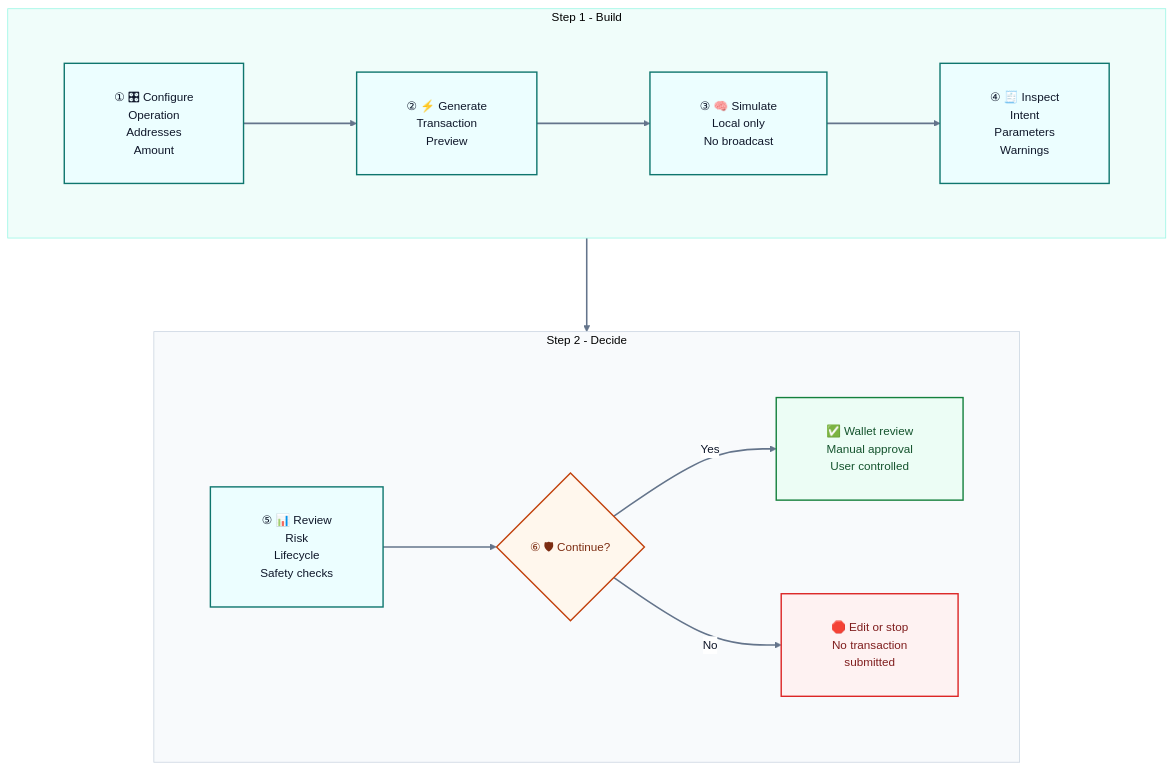
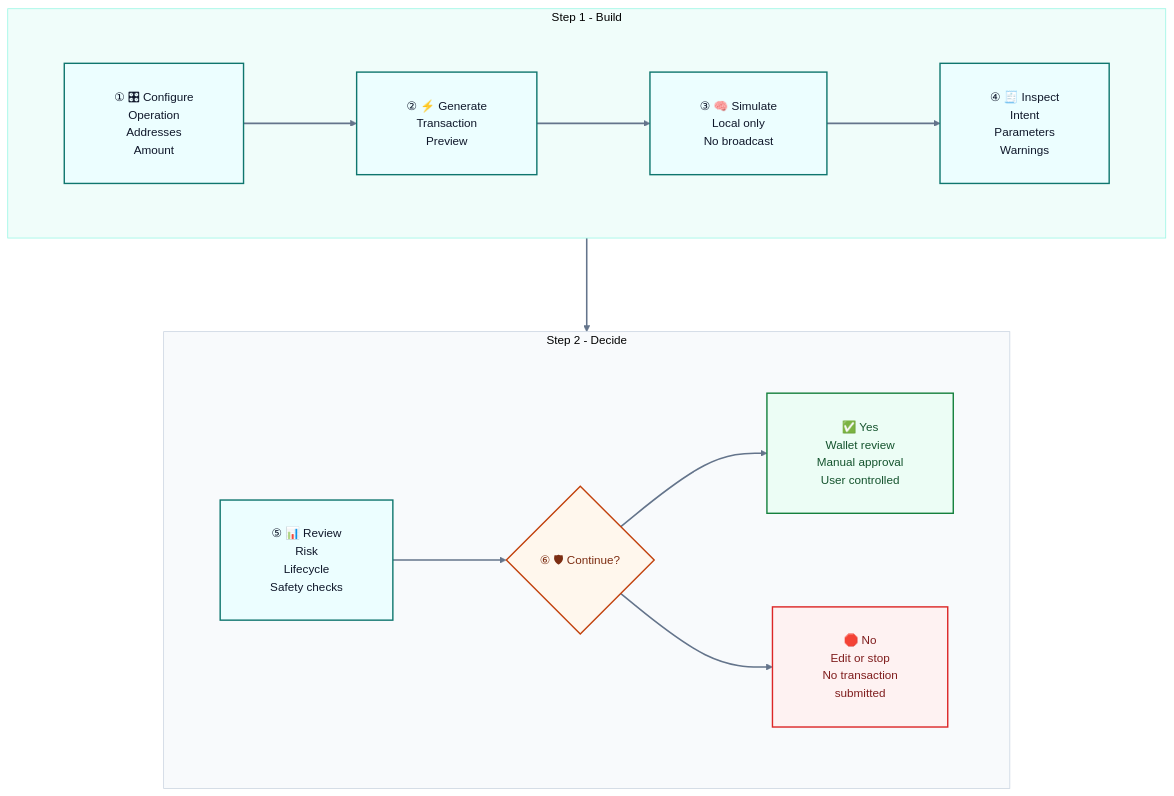
Before and after one commit to sunshineluyao/Moss-Mcp-Transaction: the first of 8 diagrams in README.md, drawn with Mermaid. The commit also changed other lines of this file and 1 other file, not shown here.

Commit message:
docs: harden Mermaid labels for GitHub rendering

````diff
--- a/README.md
+++ b/README.md
@@ -153,32 +153,32 @@
 ```mermaid
 %%{init: {'theme':'base','flowchart': {'htmlLabels': true, 'nodeSpacing': 120, 'rankSpacing': 120, 'curve': 'basis', 'padding': 32, 'diagramPadding': 24, 'wrappingWidth': 260},'themeVariables': {'fontFamily':'Inter, Segoe UI, sans-serif','fontSize':'15px','primaryTextColor':'#0f172a','lineColor':'#64748b','clusterBkg':'#f8fafc','clusterBorder':'#cbd5e1','edgeLabelBackground':'#ffffff','primaryBorderColor':'#2563eb','primaryColor':'#eff6ff'}}}%%
 flowchart TB
   subgraph R1[Step 1 - Build]
     direction LR
     A["① 🎛 Configure<br/>Operation<br/>Addresses<br/>Amount"] --> B["② ⚡ Generate<br/>Transaction<br/>Preview"]
     B --> C["③ 🧠 Simulate<br/>Local only<br/>No broadcast"]
     C --> D["④ 🧾 Inspect<br/>Intent<br/>Parameters<br/>Warnings"]
   end
 
   subgraph R2[Step 2 - Decide]
     direction LR
     E["⑤ 📊 Review<br/>Risk<br/>Lifecycle<br/>Safety checks"] --> F{"⑥ 🛡 Continue?"}
-    F -->|Yes| G["✅ Wallet review<br/>Manual approval<br/>User controlled"]
-    F -->|No| H["🛑 Edit or stop<br/>No transaction<br/>submitted"]
+    F --> G["✅ Yes<br/>Wallet review<br/>Manual approval<br/>User controlled"]
+    F --> H["🛑 No<br/>Edit or stop<br/>No transaction<br/>submitted"]
   end
 
   D --> E
 
   classDef main fill:#ecfeff,stroke:#0f766e,stroke-width:1.8px,color:#0f172a;
   classDef decision fill:#fff7ed,stroke:#c2410c,stroke-width:1.8px,color:#7c2d12;
   classDef success fill:#ecfdf5,stroke:#15803d,stroke-width:1.8px,color:#14532d;
   classDef stop fill:#fef2f2,stroke:#dc2626,stroke-width:1.8px,color:#7f1d1d;
 
   class A,B,C,D,E main;
   class F decision;
   class G success;
   class H stop;
   style R1 fill:#f0fdfa,stroke:#99f6e4,stroke-width:1px
   style R2 fill:#f8fafc,stroke:#cbd5e1,stroke-width:1px
   linkStyle default stroke:#64748b,stroke-width:2px;
 ```
````
